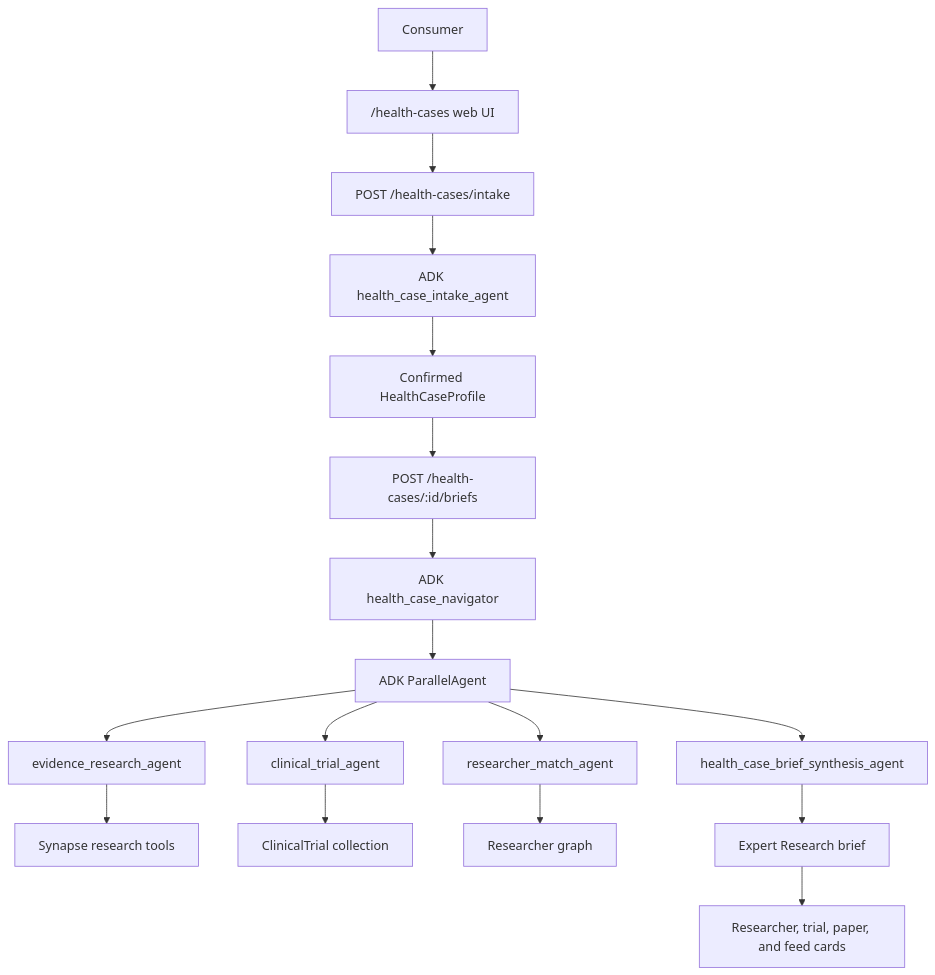
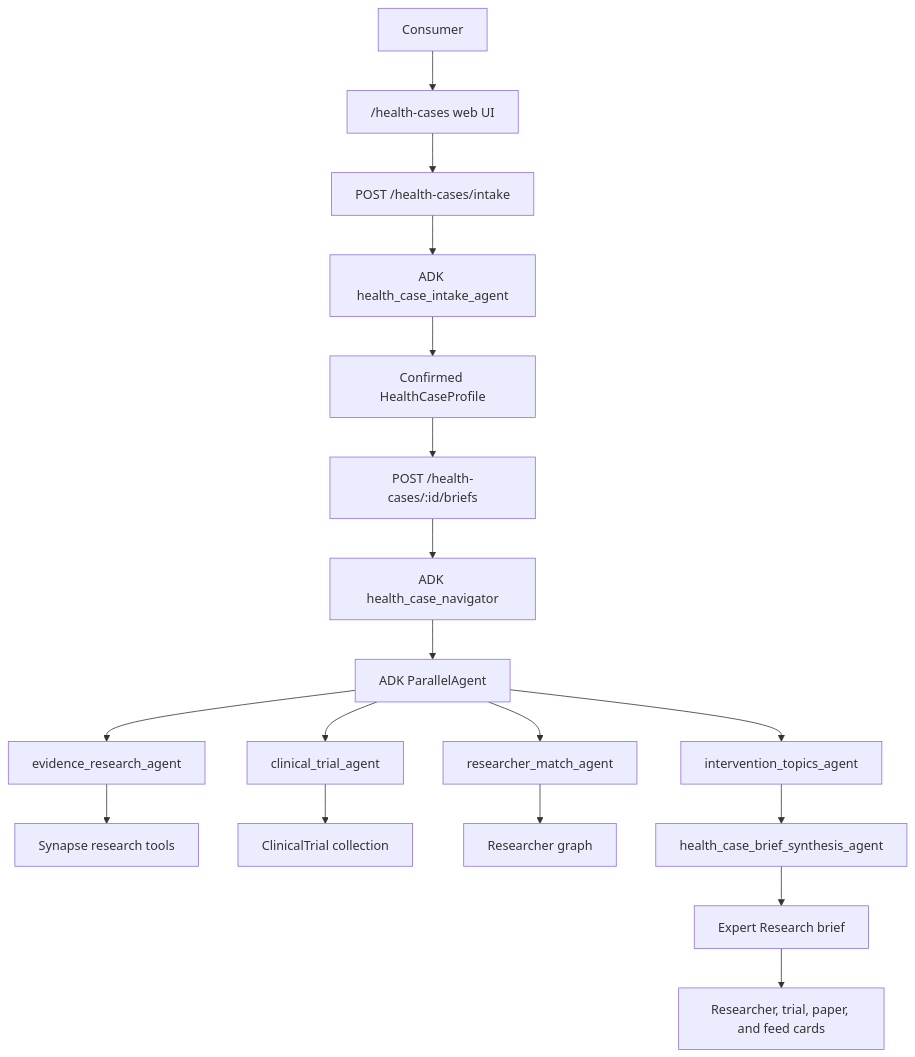
One commit to synapse-social-org/synapse-health-cases-adk changed the diagram in docs/google-adk-health-cases-architecture.md. Above: the diagram before and after it, drawn with Mermaid. The commit also changed other lines of this file and 10 other files, not shown here.

First line of the commit message:
Sync Topics to Discuss agent + refreshed example brief

````diff
--- a/docs/google-adk-health-cases-architecture.md
+++ b/docs/google-adk-health-cases-architecture.md
@@ -27,19 +34,20 @@
 ```mermaid
 flowchart TD
   User["Consumer"] --> Web["/health-cases web UI"]
   Web --> Intake["POST /health-cases/intake"]
   Intake --> IntakeAgent["ADK health_case_intake_agent"]
   IntakeAgent --> Profile["Confirmed HealthCaseProfile"]
   Profile --> Brief["POST /health-cases/:id/briefs"]
   Brief --> Workflow["ADK health_case_navigator"]
   Workflow --> Parallel["ADK ParallelAgent"]
   Parallel --> Evidence["evidence_research_agent"]
   Parallel --> Trials["clinical_trial_agent"]
   Parallel --> Researchers["researcher_match_agent"]
   Evidence --> Tools["Synapse research tools"]
   Trials --> TrialDB["ClinicalTrial collection"]
   Researchers --> AuthorGraph["Researcher graph"]
-  Parallel --> Synthesis["health_case_brief_synthesis_agent"]
+  Parallel --> Topics["intervention_topics_agent"]
+  Topics --> Synthesis["health_case_brief_synthesis_agent"]
   Synthesis --> Result["Expert Research brief"]
   Result --> Cards["Researcher, trial, paper, and feed cards"]
 ```
````
